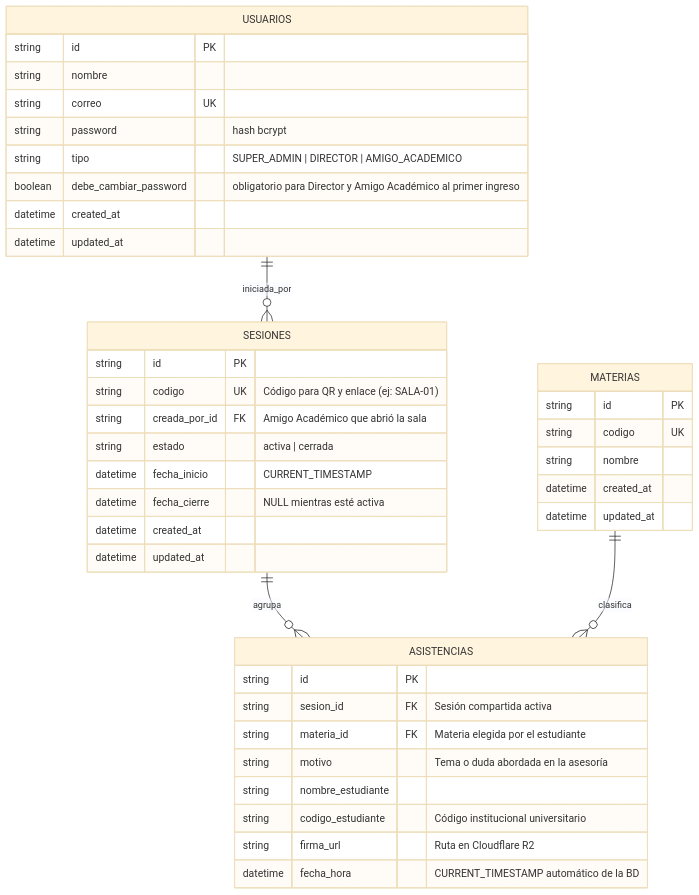
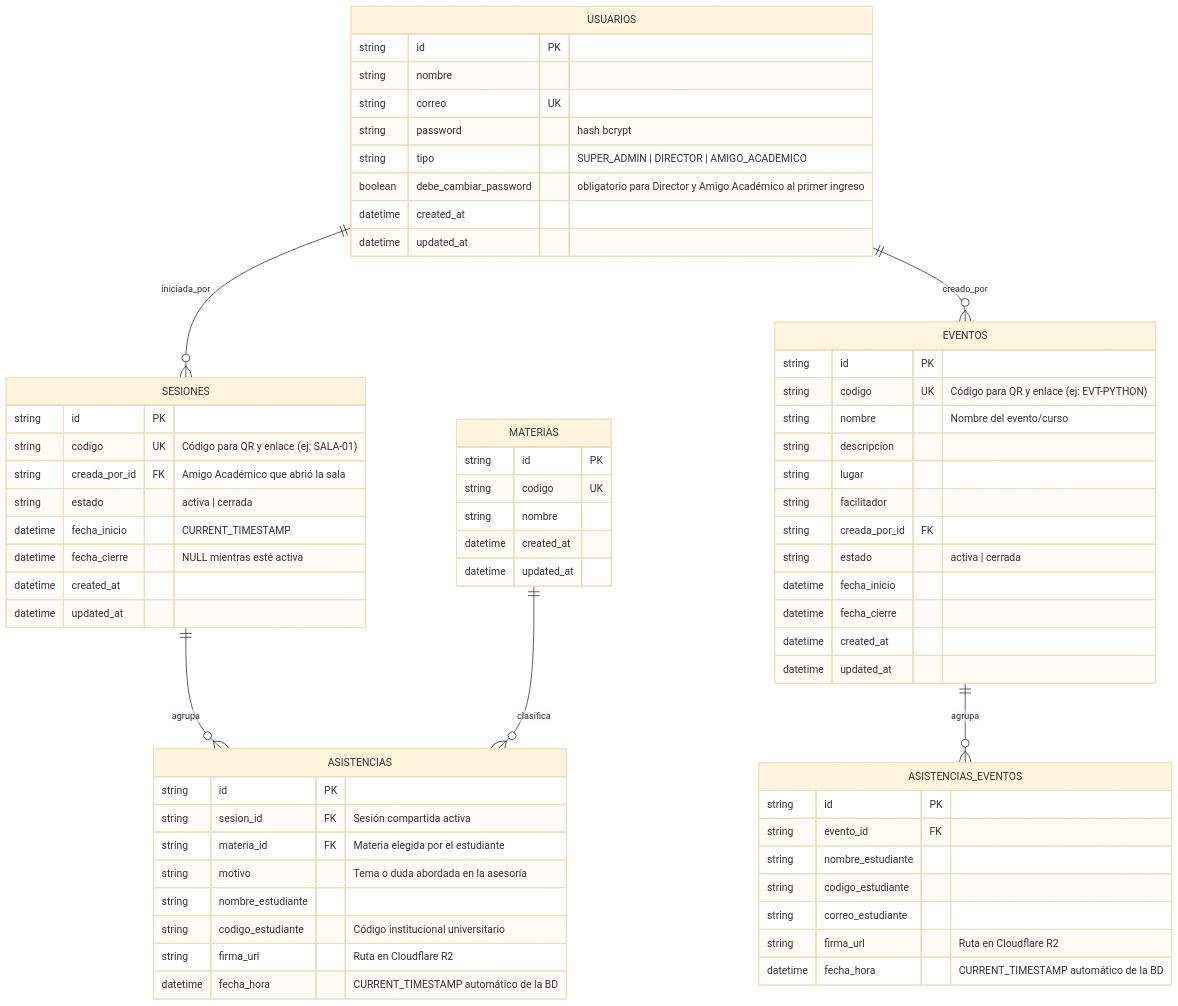
Before and after one commit to IngMapache-Coder/S3A-Backend: the second of 2 diagrams in CONTEXTO_PROYECTO.md, drawn with Mermaid (base theme). The commit also changed other lines of this file and 9 other files, not shown here.

Commit message:
feat: implementar gestión de eventos y asistencias con rutas y servicios correspondientes

````diff
--- a/CONTEXTO_PROYECTO.md
+++ b/CONTEXTO_PROYECTO.md
@@ -107,47 +107,75 @@
 ```mermaid
 erDiagram
     USUARIOS ||--o{ SESIONES : "iniciada_por"
     SESIONES ||--o{ ASISTENCIAS : "agrupa"
     MATERIAS ||--o{ ASISTENCIAS : "clasifica"
 
     USUARIOS {
         string id PK
         string nombre
         string correo UK
         string password "hash bcrypt"
         string tipo "SUPER_ADMIN | DIRECTOR | AMIGO_ACADEMICO"
         boolean debe_cambiar_password "obligatorio para Director y Amigo Académico al primer ingreso"
         datetime created_at
         datetime updated_at
     }
 
     MATERIAS {
         string id PK
         string codigo UK
         string nombre
         datetime created_at
         datetime updated_at
     }
 
     SESIONES {
         string id PK
         string codigo UK "Código para QR y enlace (ej: SALA-01)"
         string creada_por_id FK "Amigo Académico que abrió la sala"
         string estado "activa | cerrada"
         datetime fecha_inicio "CURRENT_TIMESTAMP"
         datetime fecha_cierre "NULL mientras esté activa"
         datetime created_at
         datetime updated_at
     }
 
     ASISTENCIAS {
         string id PK
         string sesion_id FK "Sesión compartida activa"
         string materia_id FK "Materia elegida por el estudiante"
         string motivo "Tema o duda abordada en la asesoría"
         string nombre_estudiante
         string codigo_estudiante "Código institucional universitario"
         string firma_url "Ruta en Cloudflare R2"
         datetime fecha_hora "CURRENT_TIMESTAMP automático de la BD"
     }
+
+    EVENTOS ||--o{ ASISTENCIAS_EVENTOS : "agrupa"
+    USUARIOS ||--o{ EVENTOS : "creado_por"
+
+    EVENTOS {
+        string id PK
+        string codigo UK "Código para QR y enlace (ej: EVT-PYTHON)"
+        string nombre "Nombre del evento/curso"
+        string descripcion
+        string lugar
+        string facilitador
+        string creada_por_id FK
+        string estado "activa | cerrada"
+        datetime fecha_inicio
+        datetime fecha_cierre
+        datetime created_at
+        datetime updated_at
+    }
+
+    ASISTENCIAS_EVENTOS {
+        string id PK
+        string evento_id FK
+        string nombre_estudiante
+        string codigo_estudiante
+        string correo_estudiante
+        string firma_url "Ruta en Cloudflare R2"
+        datetime fecha_hora "CURRENT_TIMESTAMP automático de la BD"
+    }
 ```
````
